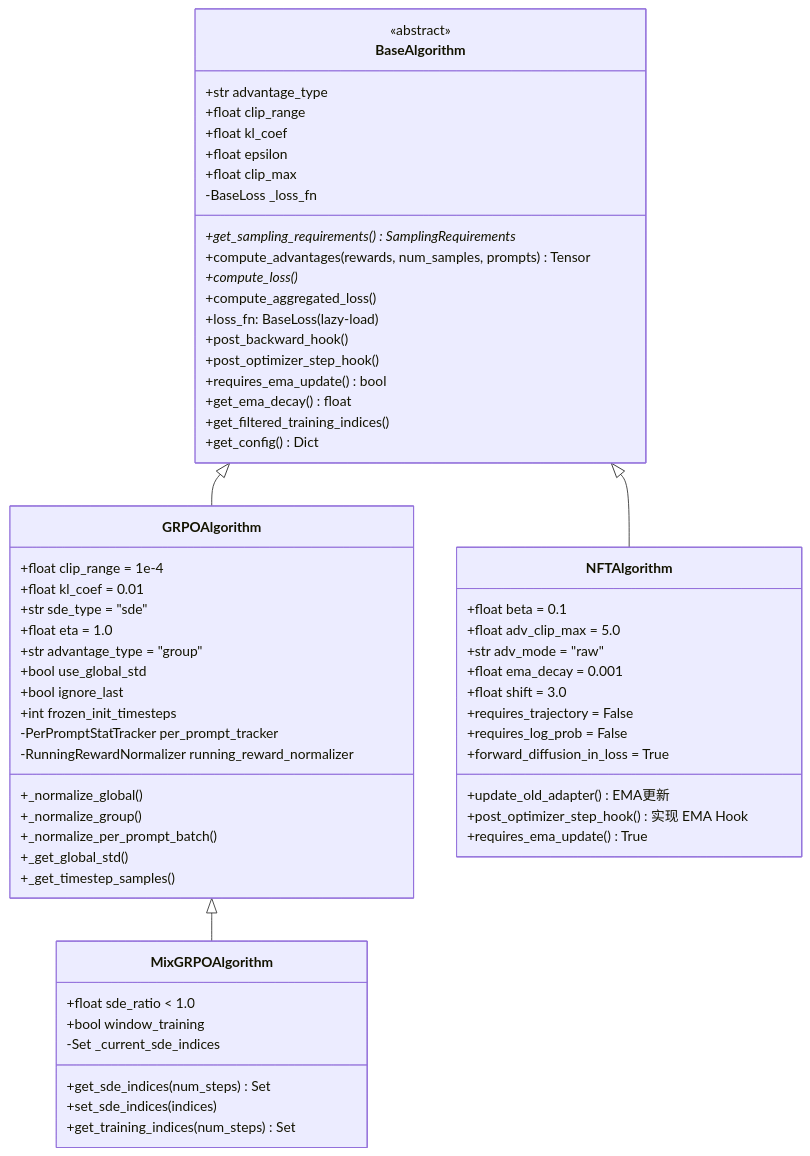
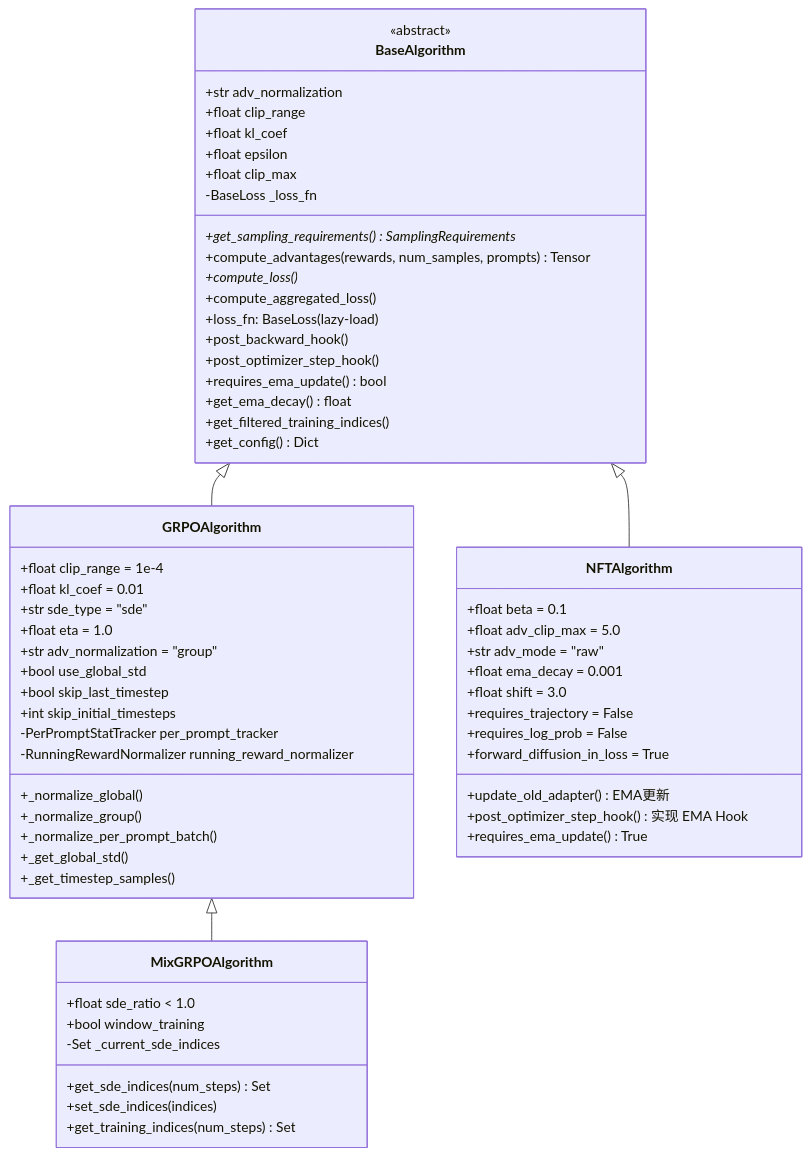
The sixth of 27 diagrams in docs/Diffusion_RL_Design_Analysis.md (celve/unirl), drawn with Mermaid before and after one commit. The commit also changed other lines of this file and 3 other files, not shown here.

Commit message:
docs: update architecture docs for refactored runtime

````diff
--- a/docs/Diffusion_RL_Design_Analysis.md
+++ b/docs/Diffusion_RL_Design_Analysis.md
@@ -1116,68 +1116,68 @@
 ```mermaid
 classDiagram
     class BaseAlgorithm {
         <<abstract>>
-        +str advantage_type
+        +str adv_normalization
         +float clip_range
         +float kl_coef
         +float epsilon
         +float clip_max
         -BaseLoss _loss_fn
         +get_sampling_requirements()* SamplingRequirements
         +compute_advantages(rewards, num_samples, prompts) Tensor
         +compute_loss()*
         +compute_aggregated_loss()
         +loss_fn: BaseLoss  (lazy-load)
         +post_backward_hook()
         +post_optimizer_step_hook()
         +requires_ema_update() bool
         +get_ema_decay() float
         +get_filtered_training_indices()
         +get_config() Dict
     }
 
     class GRPOAlgorithm {
         +float clip_range = 1e-4
         +float kl_coef = 0.01
         +str sde_type = "sde"
         +float eta = 1.0
-        +str advantage_type = "group"
+        +str adv_normalization = "group"
         +bool use_global_std
-        +bool ignore_last
-        +int frozen_init_timesteps
+        +bool skip_last_timestep
+        +int skip_initial_timesteps
         -PerPromptStatTracker per_prompt_tracker
         -RunningRewardNormalizer running_reward_normalizer
         +_normalize_global()
         +_normalize_group()
         +_normalize_per_prompt_batch()
         +_get_global_std()
         +_get_timestep_samples()
     }
 
     class MixGRPOAlgorithm {
         +float sde_ratio < 1.0
         +bool window_training
         -Set _current_sde_indices
         +get_sde_indices(num_steps) Set
         +set_sde_indices(indices)
         +get_training_indices(num_steps) Set
     }
 
     class NFTAlgorithm {
         +float beta = 0.1
         +float adv_clip_max = 5.0
         +str adv_mode = "raw"
         +float ema_decay = 0.001
         +float shift = 3.0
         +requires_trajectory = False
         +requires_log_prob = False
         +forward_diffusion_in_loss = True
         +update_old_adapter() EMA更新
         +post_optimizer_step_hook() 实现 EMA Hook
         +requires_ema_update() True
     }
 
     BaseAlgorithm <|-- GRPOAlgorithm
     GRPOAlgorithm <|-- MixGRPOAlgorithm
     BaseAlgorithm <|-- NFTAlgorithm
 ```
````
